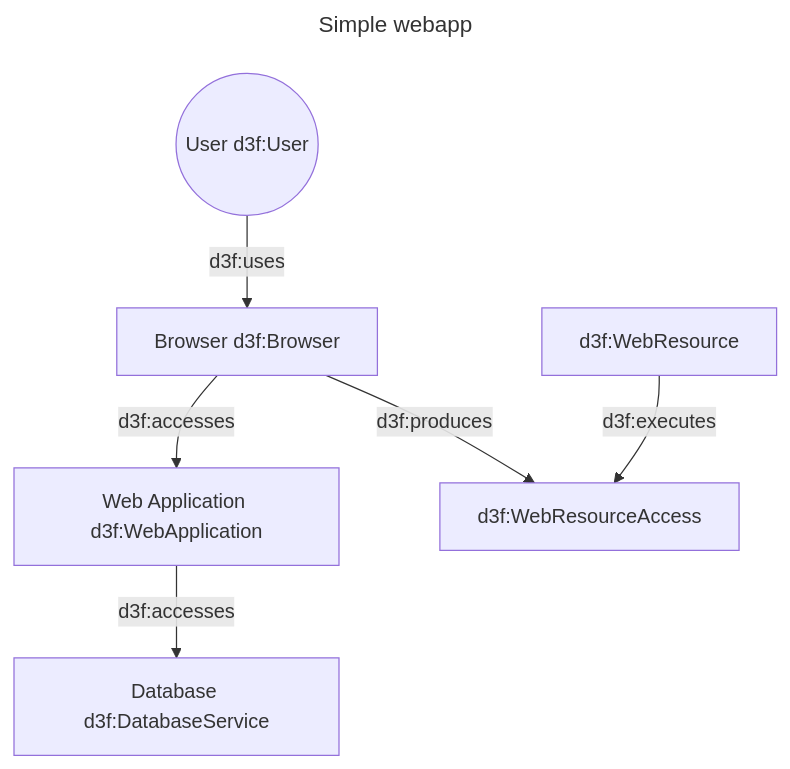
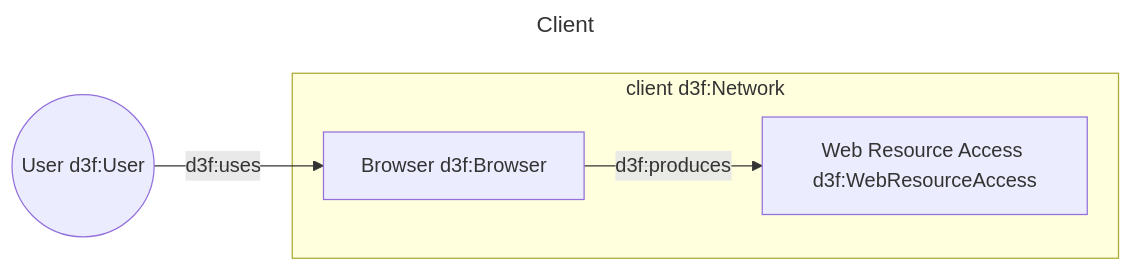
The first of 3 diagrams in app/src/data/examples/003-webapp.md (ioggstream/d3sign), drawn with Mermaid before and after one commit. The commit also changed other lines of this file and 5 other files, not shown here.

````diff
--- a/app/src/data/examples/003-webapp.md
+++ b/app/src/data/examples/003-webapp.md
@@ -3,24 +8,16 @@
 ```mermaid
 ---
-title: Simple webapp
+id: client
+title: Client
 ---
-graph
+graph LR
 
 u((User d3f:User))
 
+subgraph client[client d3f:Network]
 b[Browser d3f:Browser]
-a[Web Application d3f:WebApplication]
-db[Database d3f:DatabaseService]
-
+request[Web Resource Access d3f:WebResourceAccess]
+end
 u -->|d3f:uses| b
-b -->|d3f:accesses| a
-a -->|d3f:accesses| db
-
 b -->|d3f:produces| request
-request[d3f:WebResourceAccess]
-
-api[d3f:WebResource]
-
-api -->|d3f:executes| request
-
 ```
````
